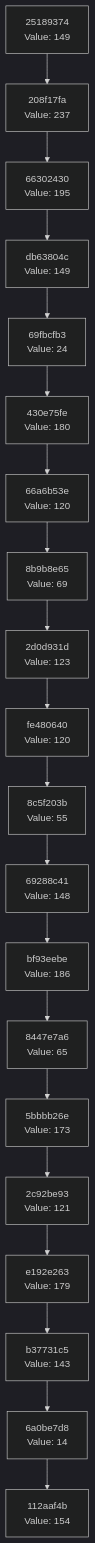
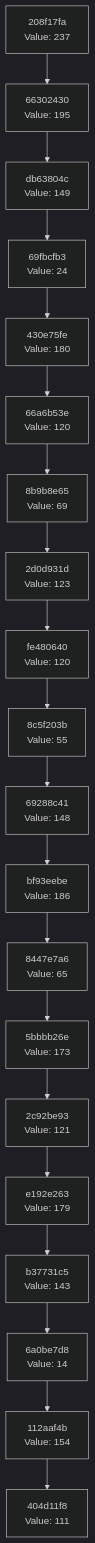
One commit to Abhisheksinha1506/hash-chain-evolver changed the diagram in docs/CHAIN_VISUALIZATION.md. Above: the diagram before and after it, drawn with Mermaid (dark theme). The commit also changed 2 other files, not shown here.

Commit message:
Evolution step: hash 0x6F → action executed

````diff
--- a/docs/CHAIN_VISUALIZATION.md
+++ b/docs/CHAIN_VISUALIZATION.md
@@ -3,42 +3,42 @@
 ```mermaid
 graph TD
-    C0["112aaf4b<br/>Value: 154"]
-    C1["6a0be7d8<br/>Value: 14"]
+    C0["404d11f8<br/>Value: 111"]
+    C1["112aaf4b<br/>Value: 154"]
     C1 --> C0
-    C2["b37731c5<br/>Value: 143"]
+    C2["6a0be7d8<br/>Value: 14"]
     C2 --> C1
-    C3["e192e263<br/>Value: 179"]
+    C3["b37731c5<br/>Value: 143"]
     C3 --> C2
-    C4["2c92be93<br/>Value: 121"]
+    C4["e192e263<br/>Value: 179"]
     C4 --> C3
-    C5["5bbbb26e<br/>Value: 173"]
+    C5["2c92be93<br/>Value: 121"]
     C5 --> C4
-    C6["8447e7a6<br/>Value: 65"]
+    C6["5bbbb26e<br/>Value: 173"]
     C6 --> C5
-    C7["bf93eebe<br/>Value: 186"]
+    C7["8447e7a6<br/>Value: 65"]
     C7 --> C6
-    C8["69288c41<br/>Value: 148"]
+    C8["bf93eebe<br/>Value: 186"]
     C8 --> C7
-    C9["8c5f203b<br/>Value: 55"]
+    C9["69288c41<br/>Value: 148"]
     C9 --> C8
-    C10["fe480640<br/>Value: 120"]
+    C10["8c5f203b<br/>Value: 55"]
     C10 --> C9
-    C11["2d0d931d<br/>Value: 123"]
+    C11["fe480640<br/>Value: 120"]
     C11 --> C10
-    C12["8b9b8e65<br/>Value: 69"]
+    C12["2d0d931d<br/>Value: 123"]
     C12 --> C11
-    C13["66a6b53e<br/>Value: 120"]
+    C13["8b9b8e65<br/>Value: 69"]
     C13 --> C12
-    C14["430e75fe<br/>Value: 180"]
+    C14["66a6b53e<br/>Value: 120"]
     C14 --> C13
-    C15["69fbcfb3<br/>Value: 24"]
+    C15["430e75fe<br/>Value: 180"]
     C15 --> C14
-    C16["db63804c<br/>Value: 149"]
+    C16["69fbcfb3<br/>Value: 24"]
     C16 --> C15
-    C17["66302430<br/>Value: 195"]
+    C17["db63804c<br/>Value: 149"]
     C17 --> C16
-    C18["208f17fa<br/>Value: 237"]
+    C18["66302430<br/>Value: 195"]
     C18 --> C17
-    C19["25189374<br/>Value: 149"]
+    C19["208f17fa<br/>Value: 237"]
     C19 --> C18
 ```
````
